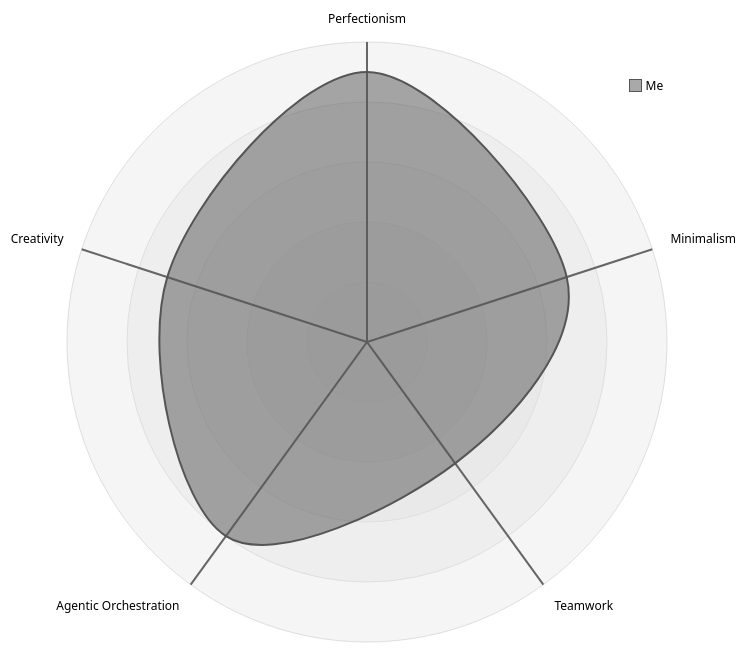
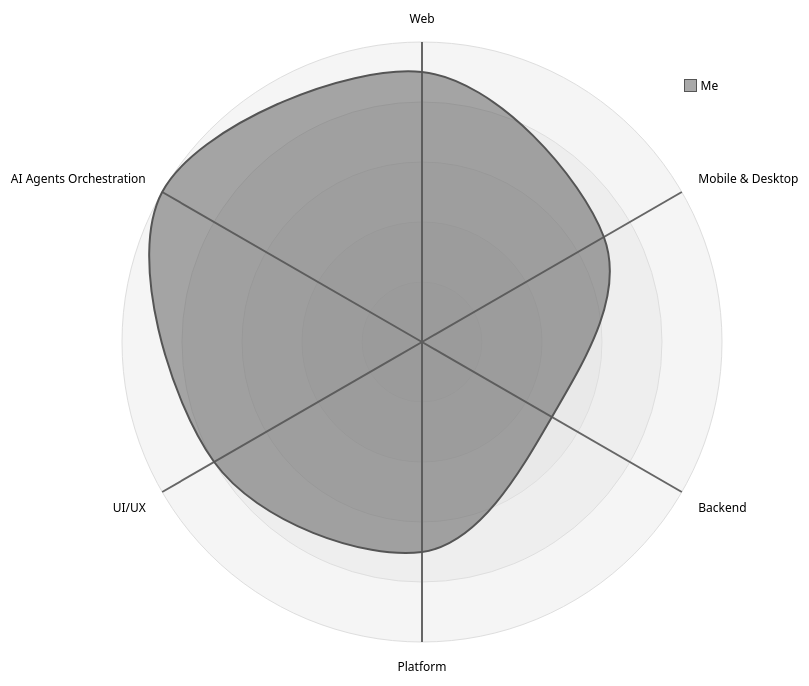
One commit to mvagnon/mvagnon changed the diagram in README.md. Above: the diagram before and after it, drawn with Mermaid. The commit also changed other lines of this file, not shown here.

````diff
--- a/README.md
+++ b/README.md
@@ -44,15 +44,12 @@
 ```mermaid
 ---
 config:
-  fontFamily: '''Open Sans Variable'', sans-serif'
   theme: neutral
-  themeVariables:
-    fontFamily: '''Open Sans Variable'', sans-serif'
 ---
 radar-beta
-  axis m["Perfectionism"], s["Minimalism"], e["Teamwork"], h["Agentic Orchestration"], a["Creativity"]
-  curve a["Me"]{90, 70, 50, 80, 70}
+  axis a["Web"], b["Mobile & Desktop"], c["Backend"], d["Platform"], e["UI/UX"], f["AI Agents Orchestration"]
+  curve a["Me"]{90, 70, 50, 70, 80, 100}
 
   max 100
   min 0
 ```
````
